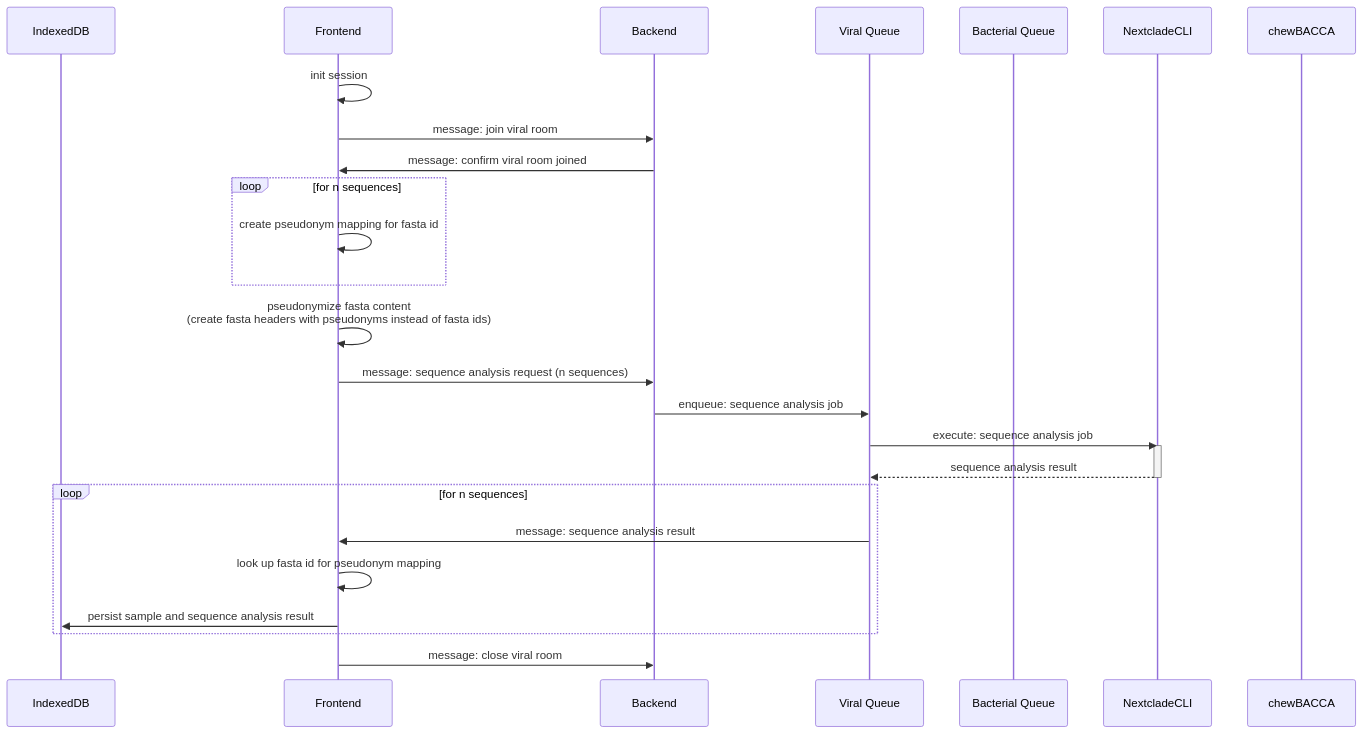
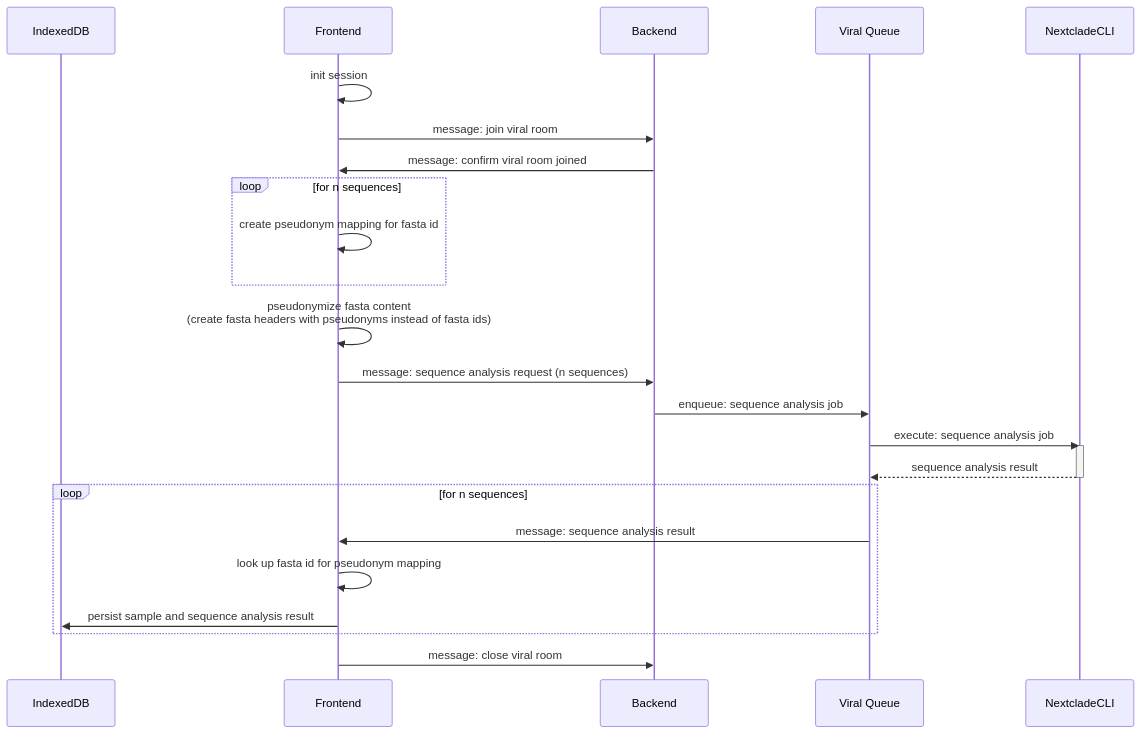
One commit to DiltheyLab/GENTRAIN changed the first of 14 diagrams in documentation/docs/developers/genomic_operations.md. Above: the diagram before and after it, drawn with Mermaid. The commit also changed other lines of this file, not shown here.

Commit message:
docs: cleanup sequence diagrams

````diff
--- a/documentation/docs/developers/genomic_operations.md
+++ b/documentation/docs/developers/genomic_operations.md
@@ -20,29 +20,27 @@
 ```mermaid
 sequenceDiagram
     participant IndexedDB
     participant Frontend
     participant Backend
     participant Viral Queue
-    participant Bacterial Queue
     participant NextcladeCLI
-    participant chewBACCA
     Frontend->>Frontend: init session
     Frontend->>Backend: message: join viral room
     Backend->>Frontend: message: confirm viral room joined
     loop for n sequences
         Frontend->>Frontend: create pseudonym mapping for fasta id
     end
     Frontend->>Frontend: pseudonymize fasta content<br/>(create fasta headers with pseudonyms instead of fasta ids)
     Frontend->>Backend: message: sequence analysis request (n sequences)
     Backend->>Viral Queue: enqueue: sequence analysis job
     Viral Queue->>NextcladeCLI: execute: sequence analysis job
     activate NextcladeCLI
     NextcladeCLI-->>Viral Queue: sequence analysis result
     deactivate NextcladeCLI
     loop for n sequences
         Viral Queue->>Frontend: message: sequence analysis result
         Frontend->>Frontend: look up fasta id for pseudonym mapping
         Frontend->>IndexedDB: persist sample and sequence analysis result
     end
     Frontend->>Backend: message: close viral room
 ```
````
